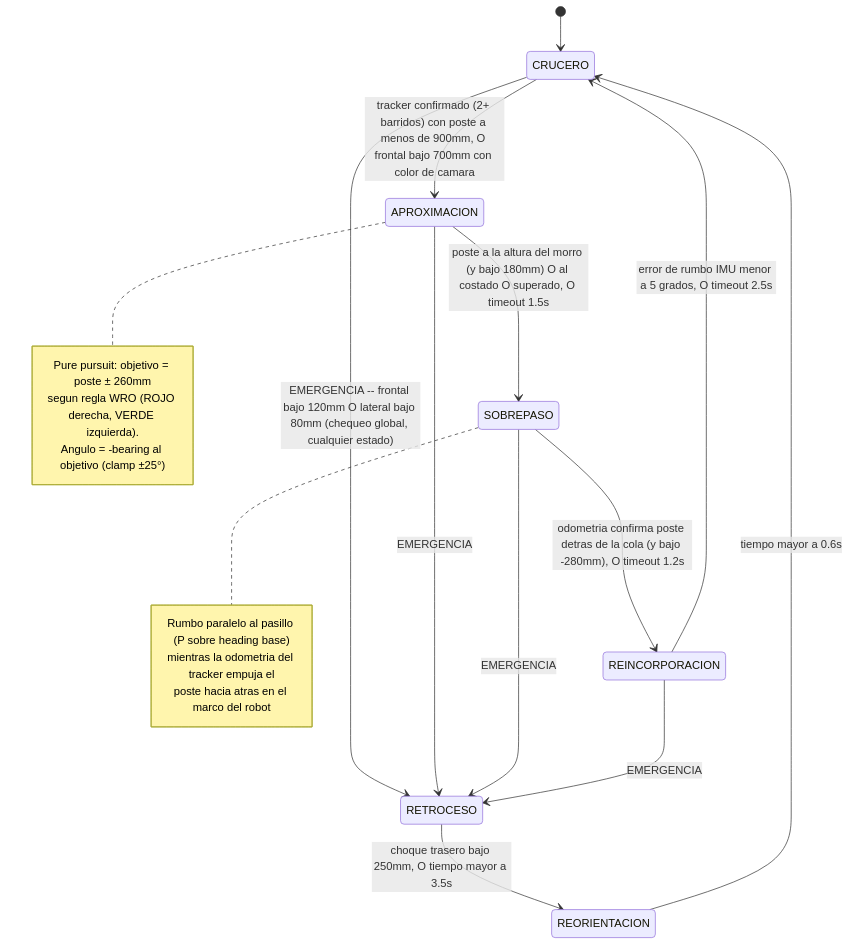
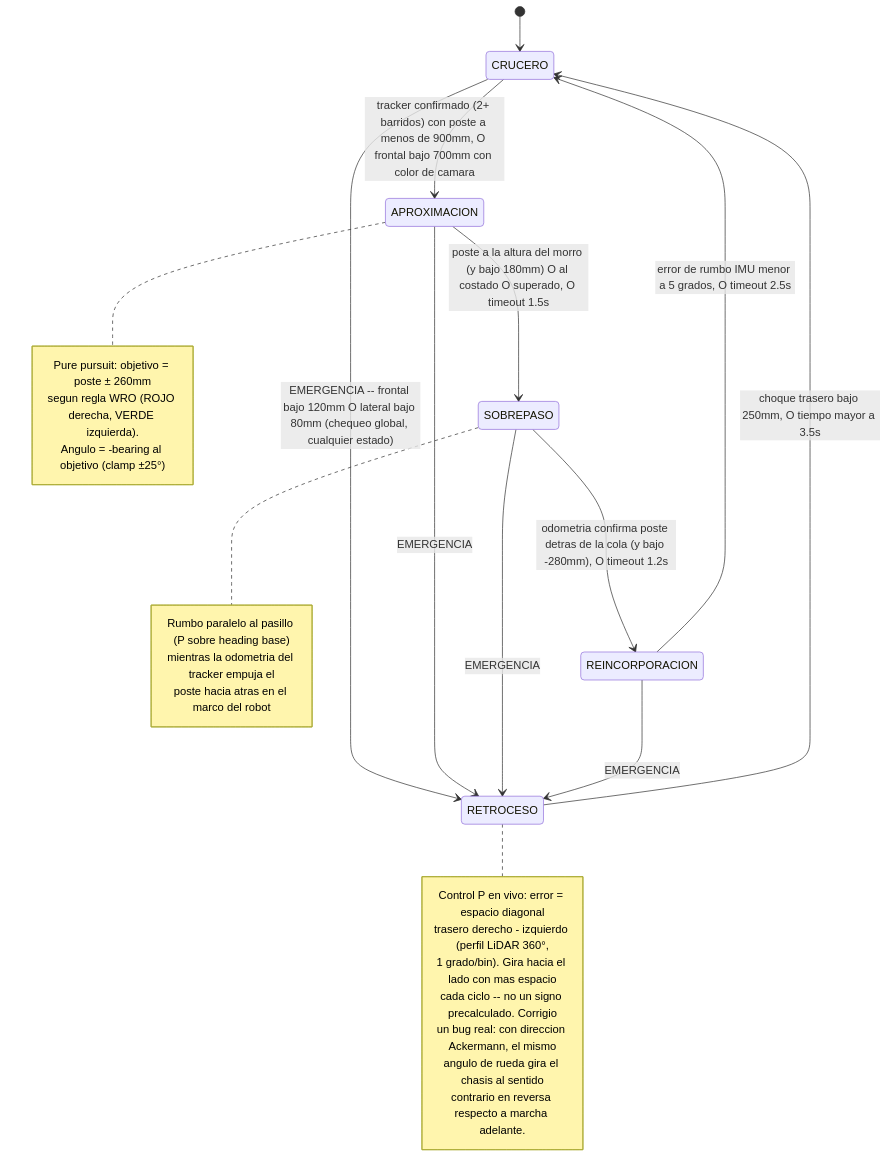
One commit to Team-Los-Cedros/WRO-FE-26 changed the third of 4 diagrams in README.md. Above: the diagram before and after it, drawn with Mermaid. The commit also changed other lines of this file and 3 other files, not shown here.

````diff
--- a/README.md
+++ b/README.md
@@ -413,28 +413,37 @@
 ```mermaid
 stateDiagram-v2
     [*] --> CRUCERO
 
     CRUCERO --> APROXIMACION: tracker confirmado (2+ barridos) con poste a menos de 900mm, O frontal bajo 700mm con color de camara
     APROXIMACION --> SOBREPASO: poste a la altura del morro (y bajo 180mm) O al costado O superado, O timeout 1.5s
     SOBREPASO --> REINCORPORACION: odometria confirma poste detras de la cola (y bajo -280mm), O timeout 1.2s
     REINCORPORACION --> CRUCERO: error de rumbo IMU menor a 5 grados, O timeout 2.5s
 
     CRUCERO --> RETROCESO: EMERGENCIA -- frontal bajo 120mm O lateral bajo 80mm (chequeo global, cualquier estado)
     APROXIMACION --> RETROCESO: EMERGENCIA
     SOBREPASO --> RETROCESO: EMERGENCIA
     REINCORPORACION --> RETROCESO: EMERGENCIA
-    RETROCESO --> REORIENTACION: choque trasero bajo 250mm, O tiempo mayor a 3.5s
-    REORIENTACION --> CRUCERO: tiempo mayor a 0.6s
+    RETROCESO --> CRUCERO: choque trasero bajo 250mm, O tiempo mayor a 3.5s
 
     note right of APROXIMACION
         Pure pursuit: objetivo = poste ± 260mm
         segun regla WRO (ROJO derecha, VERDE izquierda).
         Angulo = -bearing al objetivo (clamp ±25°)
     end note
 
     note right of SOBREPASO
         Rumbo paralelo al pasillo (P sobre heading base)
         mientras la odometria del tracker empuja el
         poste hacia atras en el marco del robot
     end note
+
+    note right of RETROCESO
+        Control P en vivo: error = espacio diagonal
+        trasero derecho - izquierdo (perfil LiDAR 360°,
+        1 grado/bin). Gira hacia el lado con mas espacio
+        cada ciclo -- no un signo precalculado. Corrigio
+        un bug real: con direccion Ackermann, el mismo
+        angulo de rueda gira el chasis al sentido
+        contrario en reversa respecto a marcha adelante.
+    end note
 ```
````
